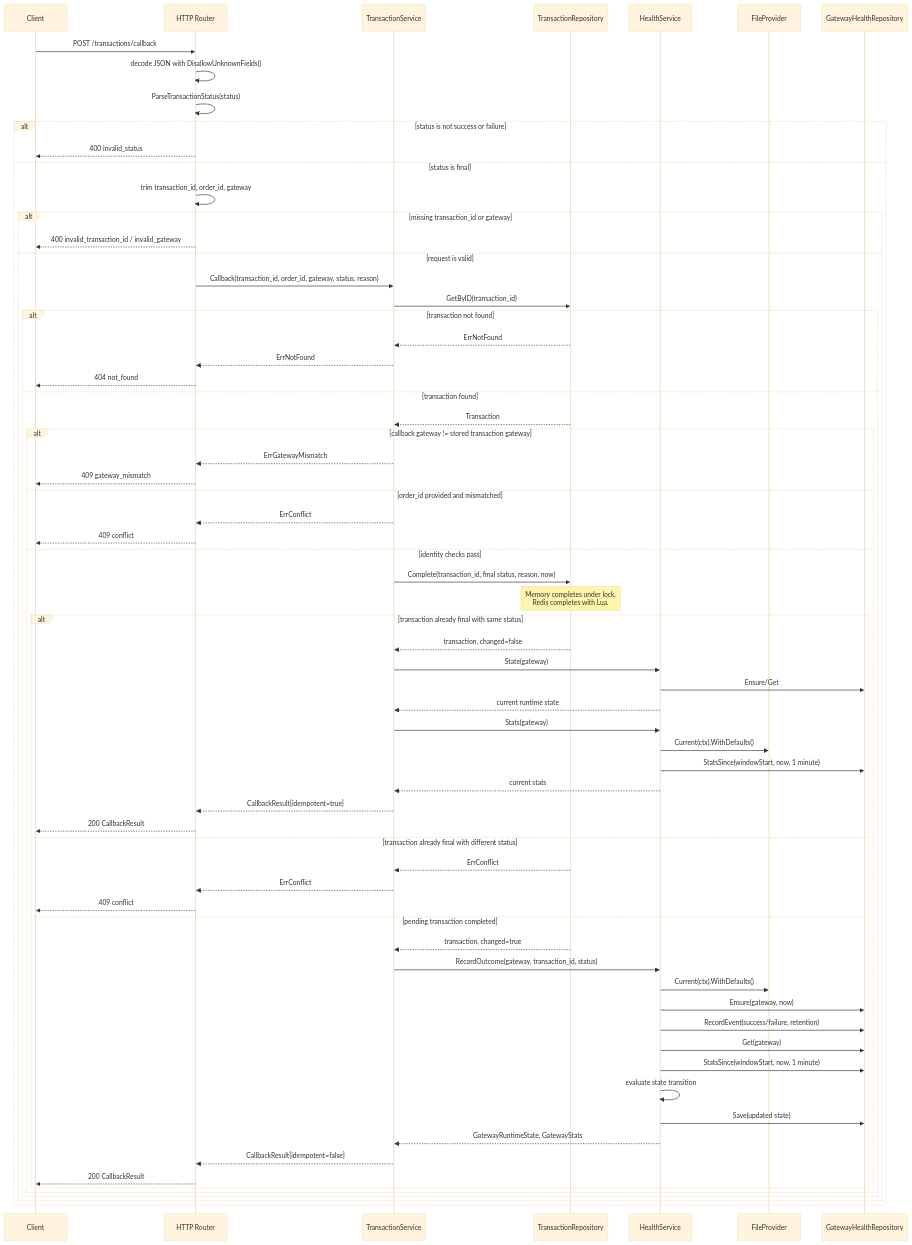
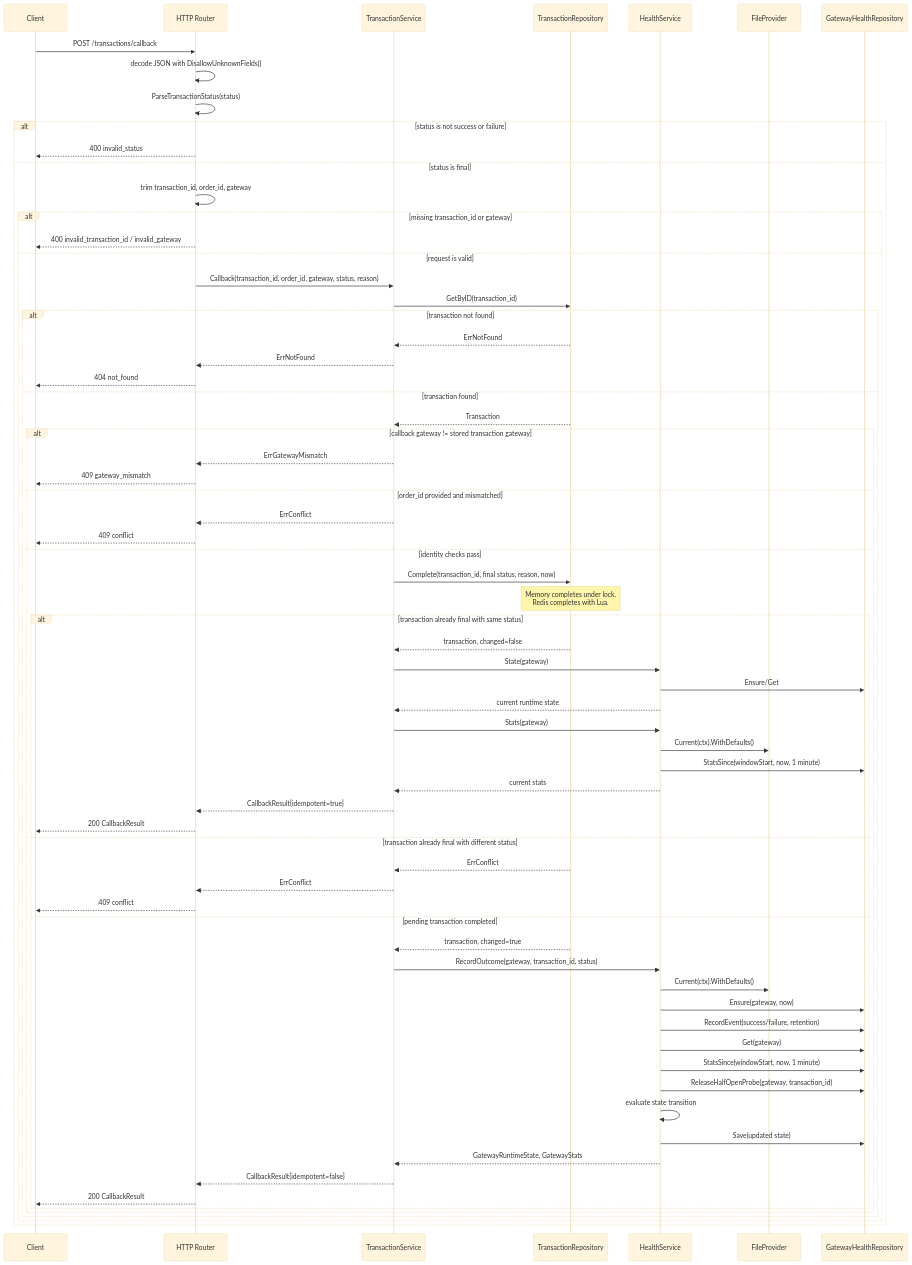
One commit to aakashsankritya/payment-gateway-router changed the fifth of 8 diagrams in README.md. Above: the diagram before and after it, drawn with Mermaid (base theme). The commit also changed other lines of this file and 11 other files, not shown here.

````diff
--- a/README.md
+++ b/README.md
@@ -354,73 +359,74 @@
 ```mermaid
 sequenceDiagram
     participant Client
     participant Router as HTTP Router
     participant TxnSvc as TransactionService
     participant TxnRepo as TransactionRepository
     participant Health as HealthService
     participant Config as FileProvider
     participant HealthRepo as GatewayHealthRepository
 
     Client->>Router: POST /transactions/callback
     Router->>Router: decode JSON with DisallowUnknownFields()
     Router->>Router: ParseTransactionStatus(status)
     alt status is not success or failure
         Router-->>Client: 400 invalid_status
     else status is final
         Router->>Router: trim transaction_id, order_id, gateway
         alt missing transaction_id or gateway
             Router-->>Client: 400 invalid_transaction_id / invalid_gateway
         else request is valid
             Router->>TxnSvc: Callback(transaction_id, order_id, gateway, status, reason)
             TxnSvc->>TxnRepo: GetByID(transaction_id)
             alt transaction not found
                 TxnRepo-->>TxnSvc: ErrNotFound
                 TxnSvc-->>Router: ErrNotFound
                 Router-->>Client: 404 not_found
             else transaction found
                 TxnRepo-->>TxnSvc: Transaction
 
                 alt callback gateway != stored transaction gateway
                     TxnSvc-->>Router: ErrGatewayMismatch
                     Router-->>Client: 409 gateway_mismatch
                 else order_id provided and mismatched
                     TxnSvc-->>Router: ErrConflict
                     Router-->>Client: 409 conflict
                 else identity checks pass
                     TxnSvc->>TxnRepo: Complete(transaction_id, final status, reason, now)
                     Note over TxnRepo: Memory completes under lock.<br/>Redis completes with Lua.
 
                     alt transaction already final with same status
                         TxnRepo-->>TxnSvc: transaction, changed=false
                         TxnSvc->>Health: State(gateway)
                         Health->>HealthRepo: Ensure/Get
                         Health-->>TxnSvc: current runtime state
                         TxnSvc->>Health: Stats(gateway)
                         Health->>Config: Current(ctx).WithDefaults()
                         Health->>HealthRepo: StatsSince(windowStart, now, 1 minute)
                         Health-->>TxnSvc: current stats
                         TxnSvc-->>Router: CallbackResult{idempotent=true}
                         Router-->>Client: 200 CallbackResult
                     else transaction already final with different status
                         TxnRepo-->>TxnSvc: ErrConflict
                         TxnSvc-->>Router: ErrConflict
                         Router-->>Client: 409 conflict
                     else pending transaction completed
                         TxnRepo-->>TxnSvc: transaction, changed=true
                         TxnSvc->>Health: RecordOutcome(gateway, transaction_id, status)
                         Health->>Config: Current(ctx).WithDefaults()
                         Health->>HealthRepo: Ensure(gateway, now)
                         Health->>HealthRepo: RecordEvent(success/failure, retention)
                         Health->>HealthRepo: Get(gateway)
                         Health->>HealthRepo: StatsSince(windowStart, now, 1 minute)
+                        Health->>HealthRepo: ReleaseHalfOpenProbe(gateway, transaction_id)
                         Health->>Health: evaluate state transition
                         Health->>HealthRepo: Save(updated state)
                         Health-->>TxnSvc: GatewayRuntimeState, GatewayStats
                         TxnSvc-->>Router: CallbackResult{idempotent=false}
                         Router-->>Client: 200 CallbackResult
                     end
                 end
             end
         end
     end
 ```
````
